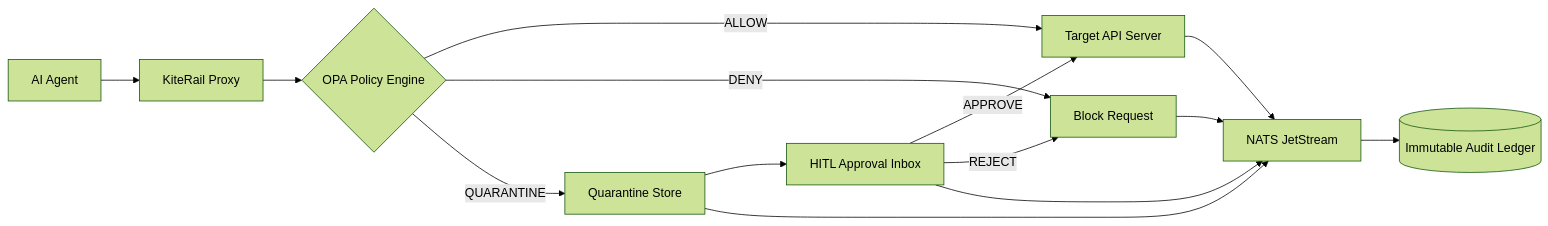
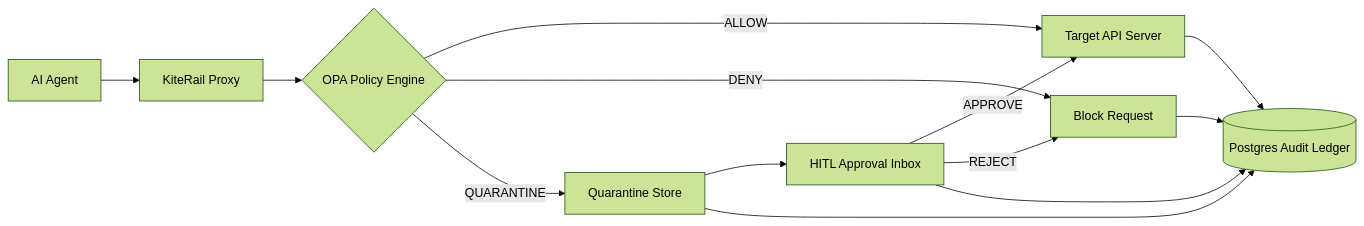
The diagram in README.md (austinchima/KiteRail), drawn with Mermaid (forest theme) before and after one commit. The commit also changed other lines of this file, not shown here.

Commit message:
docs: update README to reflect v1.0.0 architecture

````diff
--- a/README.md
+++ b/README.md
@@ -15,16 +15,15 @@
 ```mermaid
 flowchart LR
     A[AI Agent] --> B[KiteRail Proxy]
     B --> C{OPA Policy Engine}
     
     C -->|ALLOW| D[Target API Server]
     C -->|DENY| E[Block Request]
     C -->|QUARANTINE| F[Quarantine Store]
     
     F --> I[HITL Approval Inbox]
     I -->|APPROVE| D
     I -->|REJECT| E
     
-    D & E & F & I --> G[NATS JetStream]
-    G --> H[(Immutable Audit Ledger)]
+    D & E & F & I --> H[(Postgres Audit Ledger)]
 ```
````
